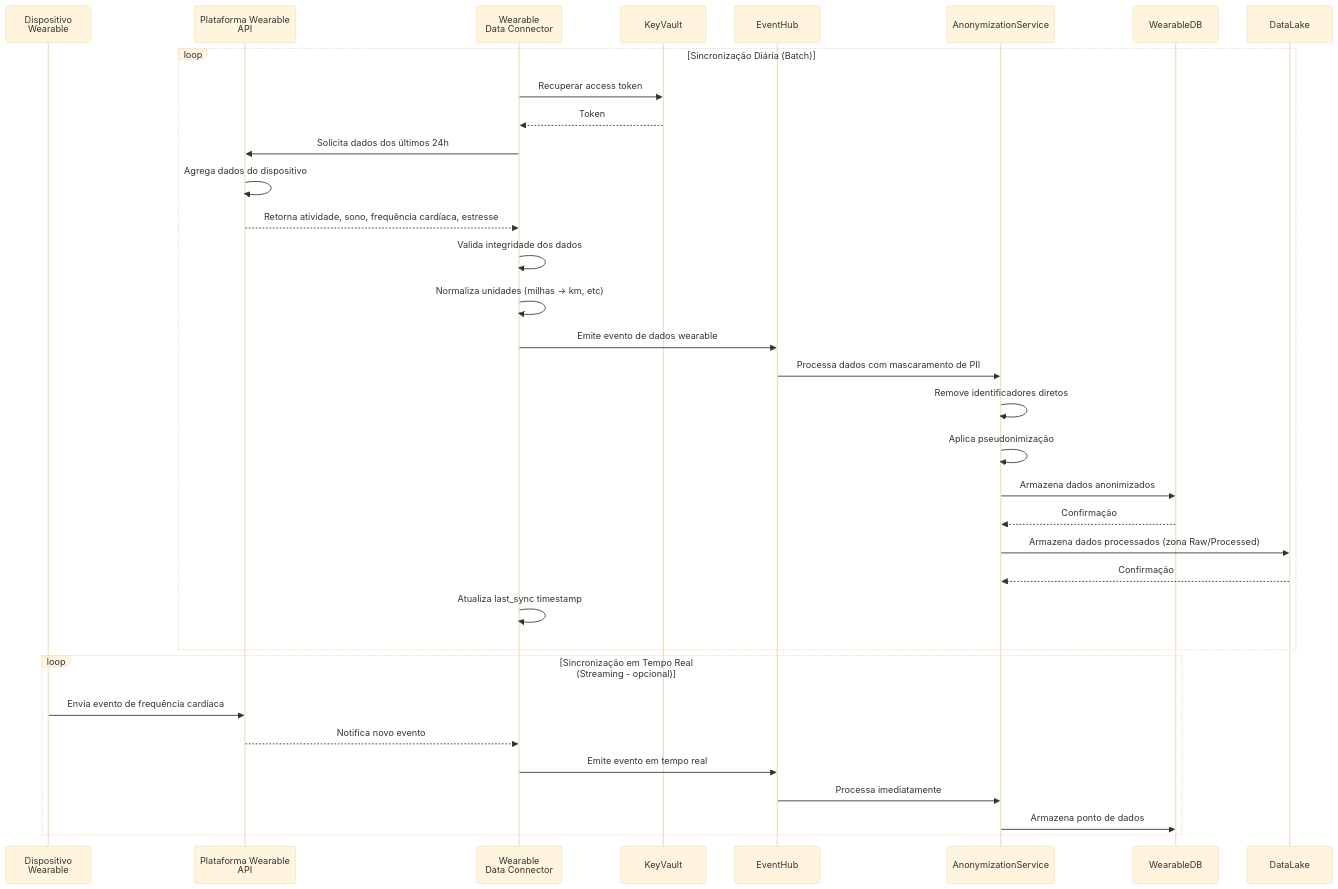
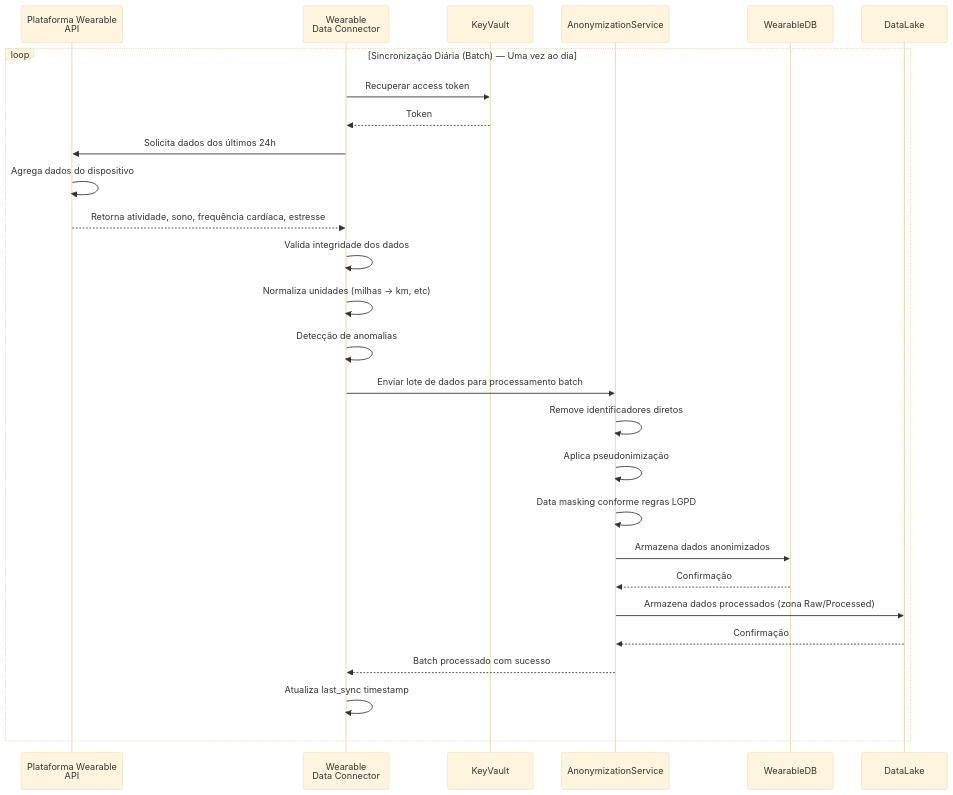
The second of 7 diagrams in DIAGRAMA DE SEQUENCIA.md (ccps1-care-predict/care-plus-ccps1), drawn with Mermaid (base theme) before and after one commit. The commit also changed other lines of this file and 6 other files, not shown here.

````diff
--- a/DIAGRAMA DE SEQUENCIA.md
+++ b/DIAGRAMA DE SEQUENCIA.md
@@ -70,47 +70,38 @@
 ```mermaid
 sequenceDiagram
 
-participant WearableDevice as Dispositivo<br/>Wearable
 participant PlatformaWearable as Plataforma Wearable<br/>API
 participant DataConnector as Wearable<br/>Data Connector
 participant KeyVault
-participant EventHub
 participant AnonymizationService
 participant WearableDB
 participant DataLake
 
-loop Sincronização Diária (Batch)
+loop Sincronização Diária (Batch) — Uma vez ao dia
     DataConnector->>KeyVault: Recuperar access token
     KeyVault-->>DataConnector: Token
     
     DataConnector->>PlatformaWearable: Solicita dados dos últimos 24h
     PlatformaWearable->>PlatformaWearable: Agrega dados do dispositivo
     PlatformaWearable-->>DataConnector: Retorna atividade, sono, frequência cardíaca, estresse
     
     DataConnector->>DataConnector: Valida integridade dos dados
     DataConnector->>DataConnector: Normaliza unidades (milhas → km, etc)
+    DataConnector->>DataConnector: Detecção de anomalias
     
-    DataConnector->>EventHub: Emite evento de dados wearable
+    DataConnector->>AnonymizationService: Enviar lote de dados para processamento batch
     
-    EventHub->>AnonymizationService: Processa dados com mascaramento de PII
     AnonymizationService->>AnonymizationService: Remove identificadores diretos
     AnonymizationService->>AnonymizationService: Aplica pseudonimização
+    AnonymizationService->>AnonymizationService: Data masking conforme regras LGPD
     
     AnonymizationService->>WearableDB: Armazena dados anonimizados
     WearableDB-->>AnonymizationService: Confirmação
     
     AnonymizationService->>DataLake: Armazena dados processados (zona Raw/Processed)
     DataLake-->>AnonymizationService: Confirmação
     
+    AnonymizationService-->>DataConnector: Batch processado com sucesso
     DataConnector->>DataConnector: Atualiza last_sync timestamp
 end
-
-loop Sincronização em Tempo Real (Streaming - opcional)
-    WearableDevice->>PlatformaWearable: Envia evento de frequência cardíaca
-    PlatformaWearable-->>DataConnector: Notifica novo evento
-    
-    DataConnector->>EventHub: Emite evento em tempo real
-    EventHub->>AnonymizationService: Processa imediatamente
-    AnonymizationService->>WearableDB: Armazena ponto de dados
-end
 ```
````
